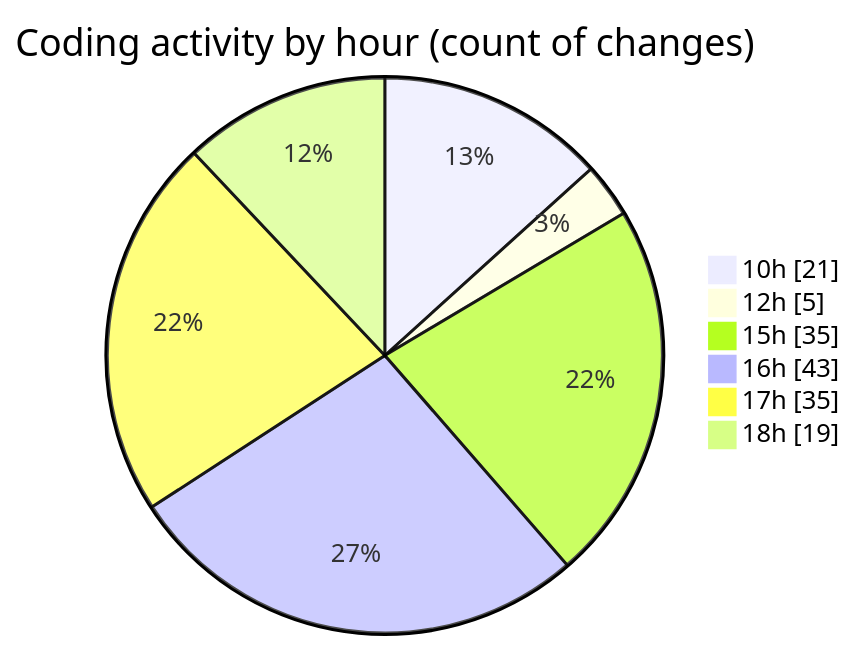
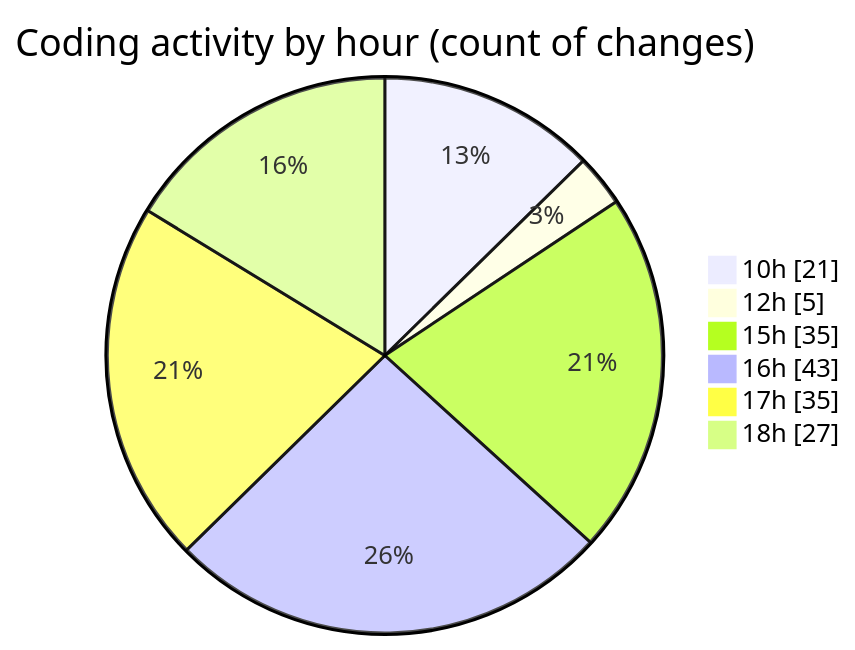
One commit to momahboobian/code-tracking changed the second of 2 diagrams in 2025-08-27/cda/README.md. Above: the diagram before and after it, drawn with Mermaid. The commit also changed other lines of this file and 1 other file, not shown here.

````diff
--- a/2025-08-27/cda/README.md
+++ b/2025-08-27/cda/README.md
@@ -48,10 +48,10 @@
 ```mermaid
 pie showData
 title Coding activity by hour (count of changes)
 "10h" : 21
 "12h" : 5
 "15h" : 35
 "16h" : 43
 "17h" : 35
-"18h" : 19
+"18h" : 27
 ```
````
